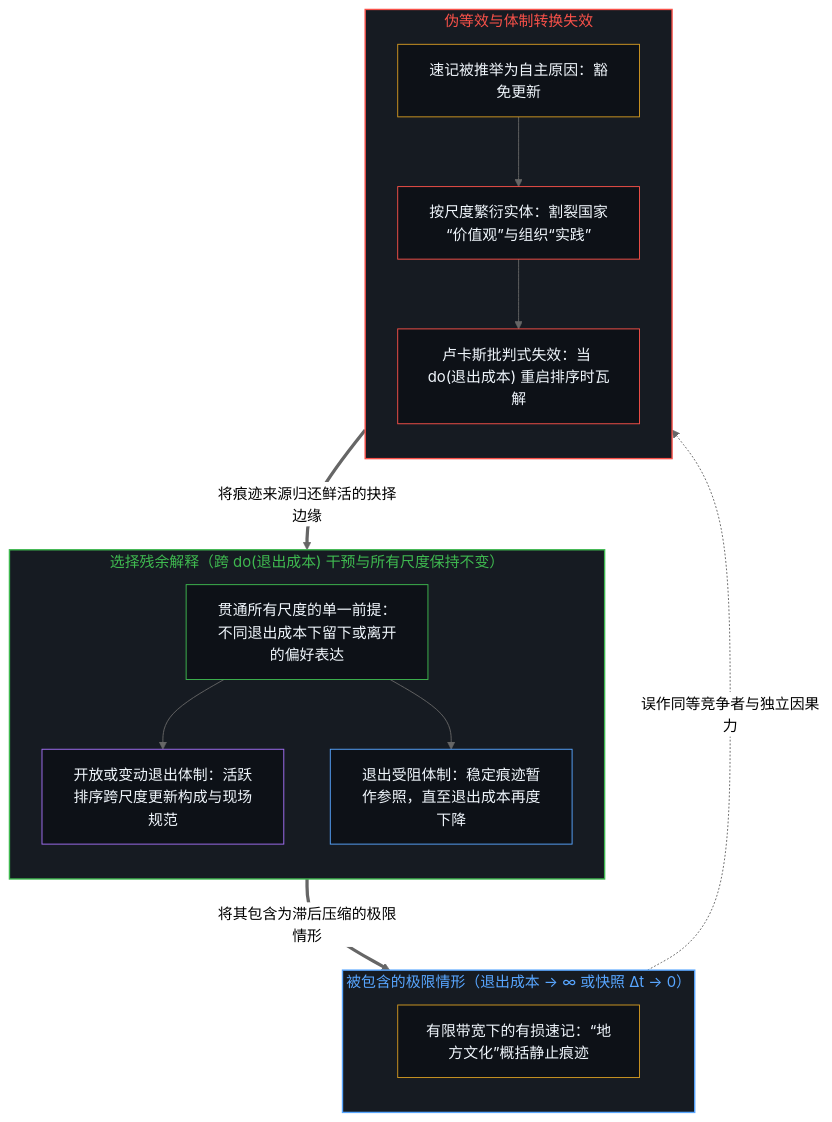
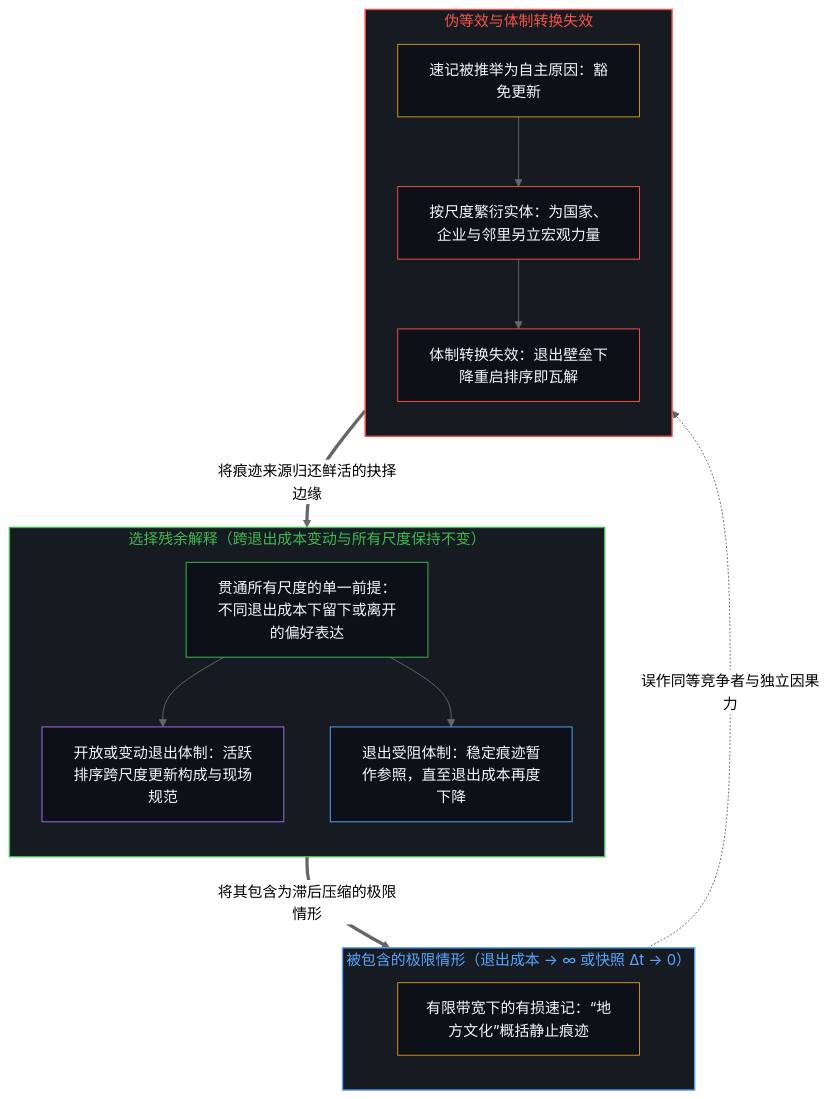
The third of 4 diagrams in content/posts/the-residue-of-sorting-and-the-non-equivalence-of-interpretations.md (powerpig99/not-a-toe), drawn with Mermaid (neutral theme) before and after one commit. The commit also changed other lines of this file and 24 other files, not shown here.

````diff
--- a/content/posts/the-residue-of-sorting-and-the-non-equivalence-of-interpretations.md
+++ b/content/posts/the-residue-of-sorting-and-the-non-equivalence-of-interpretations.md
@@ -123,35 +119,35 @@
 ```mermaid
 flowchart TD
-    subgraph S_Res["选择残余解释（跨 do(退出成本) 干预与所有尺度保持不变）"]
+    subgraph S_Res["选择残余解释（跨退出成本变动与所有尺度保持不变）"]
         direction TB
         R1["贯通所有尺度的单一前提：不同退出成本下留下或离开的偏好表达"]
         R2["开放或变动退出体制：活跃排序跨尺度更新构成与现场规范"]
         R3["退出受阻体制：稳定痕迹暂作参照，直至退出成本再度下降"]
         R1 --> R2
         R1 --> R3
     end
     subgraph S_Lim["被包含的极限情形（退出成本 → ∞ 或快照 Δt → 0）"]
         direction TB
         L1["有限带宽下的有损速记：“地方文化”概括静止痕迹"]
     end
     subgraph S_Fail["伪等效与体制转换失效"]
         direction TB
         F1["速记被推举为自主原因：豁免更新"]
-        F2["按尺度繁衍实体：割裂国家“价值观”与组织“实践”"]
-        F3["卢卡斯批判式失效：当 do(退出成本) 重启排序时瓦解"]
+        F2["按尺度繁衍实体：为国家、企业与邻里另立宏观力量"]
+        F3["体制转换失效：退出壁垒下降重启排序即瓦解"]
         F1 --> F2 --> F3
     end
     R3 ==>|"将其包含为滞后压缩的极限情形"| L1
     L1 -.->|"误作同等竞争者与独立因果力"| F1
     F3 ==>|"将痕迹来源归还鲜活的抉择边缘"| R1
     style S_Res fill:#161b22,stroke:#3fb950,stroke-width:1.5px,color:#3fb950
     style S_Lim fill:#161b22,stroke:#58a6ff,stroke-width:1.5px,color:#58a6ff
     style S_Fail fill:#161b22,stroke:#f85149,stroke-width:1.5px,color:#f85149
     style R1 fill:#0d1117,stroke:#3fb950,stroke-width:1px,color:#f0f6fc
     style R2 fill:#0d1117,stroke:#a371f7,stroke-width:1px,color:#f0f6fc
     style R3 fill:#0d1117,stroke:#58a6ff,stroke-width:1px,color:#f0f6fc
     style L1 fill:#0d1117,stroke:#d29922,stroke-width:1px,color:#f0f6fc
     style F1 fill:#0d1117,stroke:#d29922,stroke-width:1px,color:#f0f6fc
     style F2 fill:#0d1117,stroke:#f85149,stroke-width:1px,color:#f0f6fc
     style F3 fill:#0d1117,stroke:#f85149,stroke-width:1px,color:#f0f6fc
 ```
````
